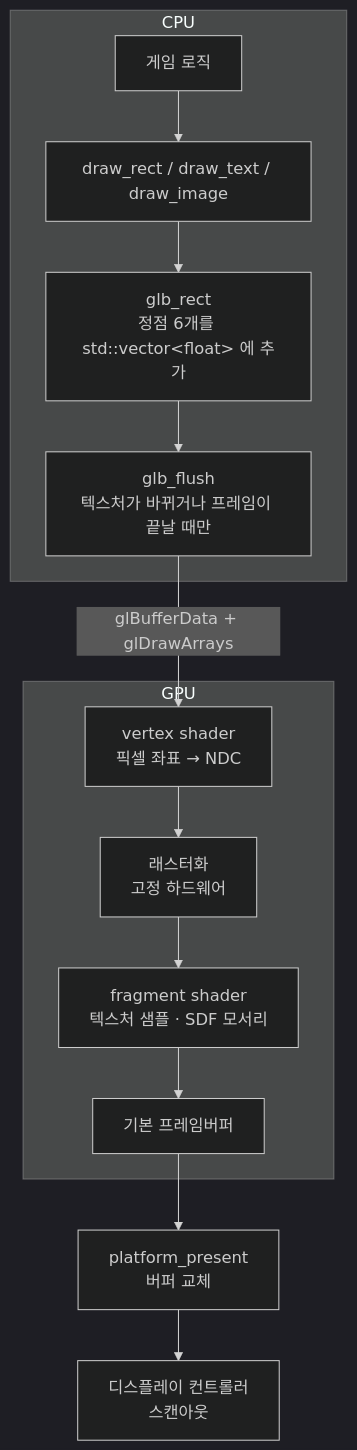
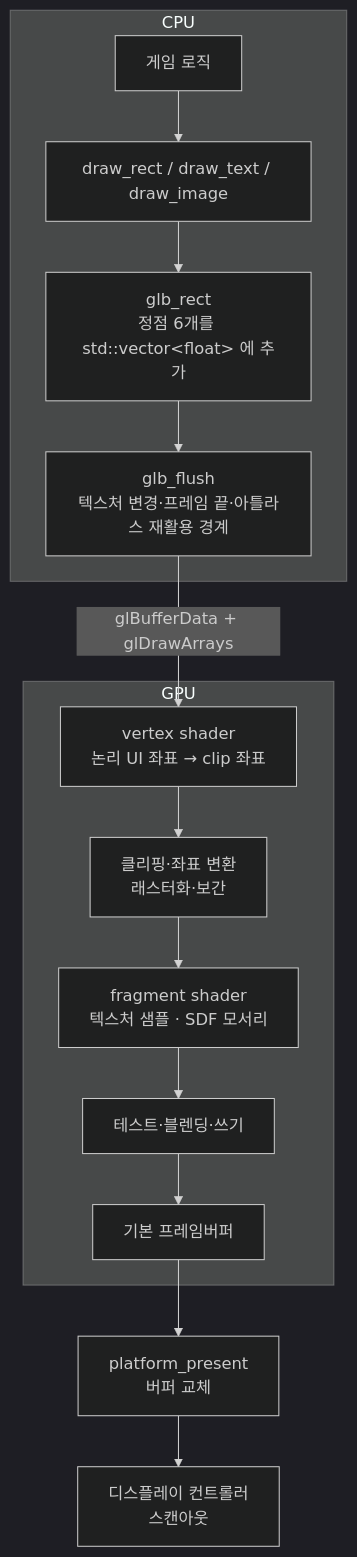
One commit to Rein-ArXiv/Tetris-Multiplayer-RL changed the third of 7 diagrams in docs/blog/part3-rendering-and-ui.md. Above: the diagram before and after it, drawn with Mermaid (dark theme). The commit also changed other lines of this file and 51035 other files, not shown here.

````diff
--- a/docs/blog/part3-rendering-and-ui.md
+++ b/docs/blog/part3-rendering-and-ui.md
@@ -94,16 +99,17 @@
 ```mermaid
 graph TB
     subgraph CPUONLY["CPU"]
         A["게임 로직"] --> B["draw_rect / draw_text / draw_image"]
         B --> C["glb_rect<br/>정점 6개를 std::vector&lt;float&gt; 에 추가"]
-        C --> D["glb_flush<br/>텍스처가 바뀌거나 프레임이 끝날 때만"]
+        C --> D["glb_flush<br/>텍스처 변경·프레임 끝·아틀라스 재활용 경계"]
     end
     subgraph GPUSIDE["GPU"]
-        E["vertex shader<br/>픽셀 좌표 → NDC"] --> F["래스터화<br/>고정 하드웨어"]
+        E["vertex shader<br/>논리 UI 좌표 → clip 좌표"] --> F["클리핑·좌표 변환<br/>래스터화·보간"]
         F --> G["fragment shader<br/>텍스처 샘플 · SDF 모서리"]
-        G --> H["기본 프레임버퍼"]
+        G --> T["테스트·블렌딩·쓰기"]
+        T --> H["기본 프레임버퍼"]
     end
     D -->|"glBufferData + glDrawArrays"| E
     H --> I["platform_present<br/>버퍼 교체"]
     I --> J["디스플레이 컨트롤러<br/>스캔아웃"]
 ```
````
